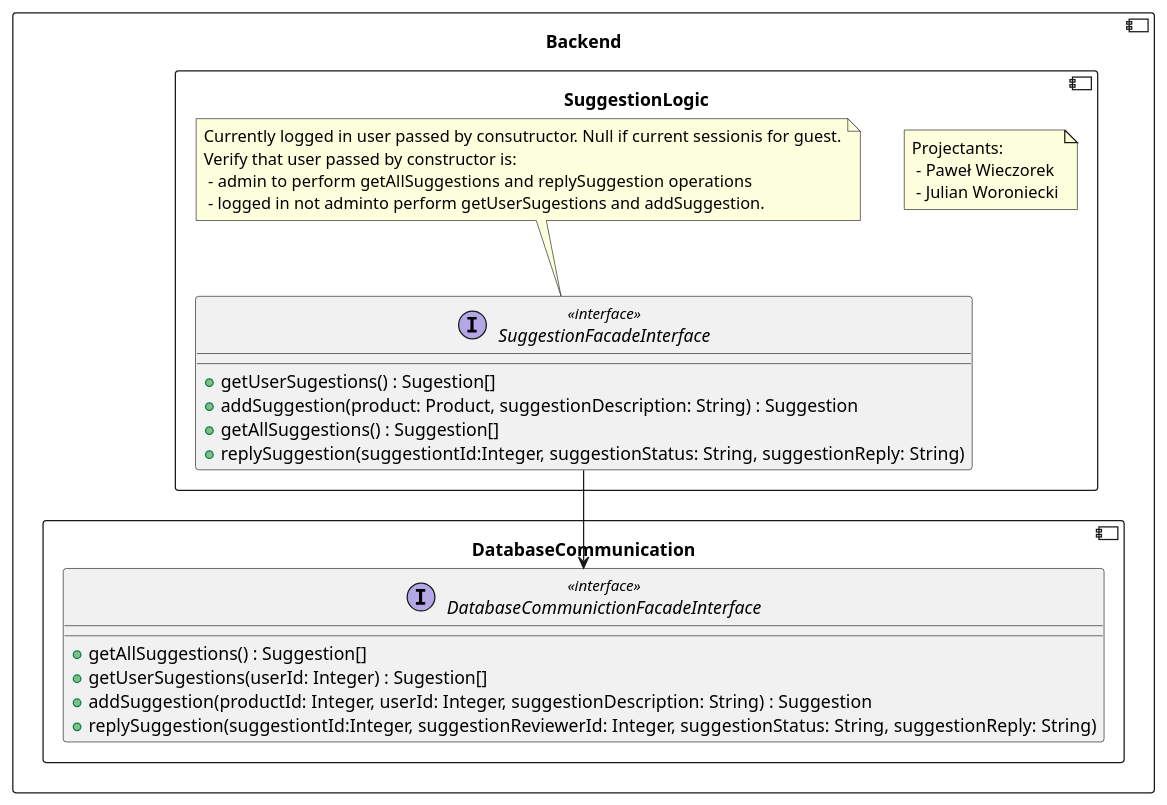
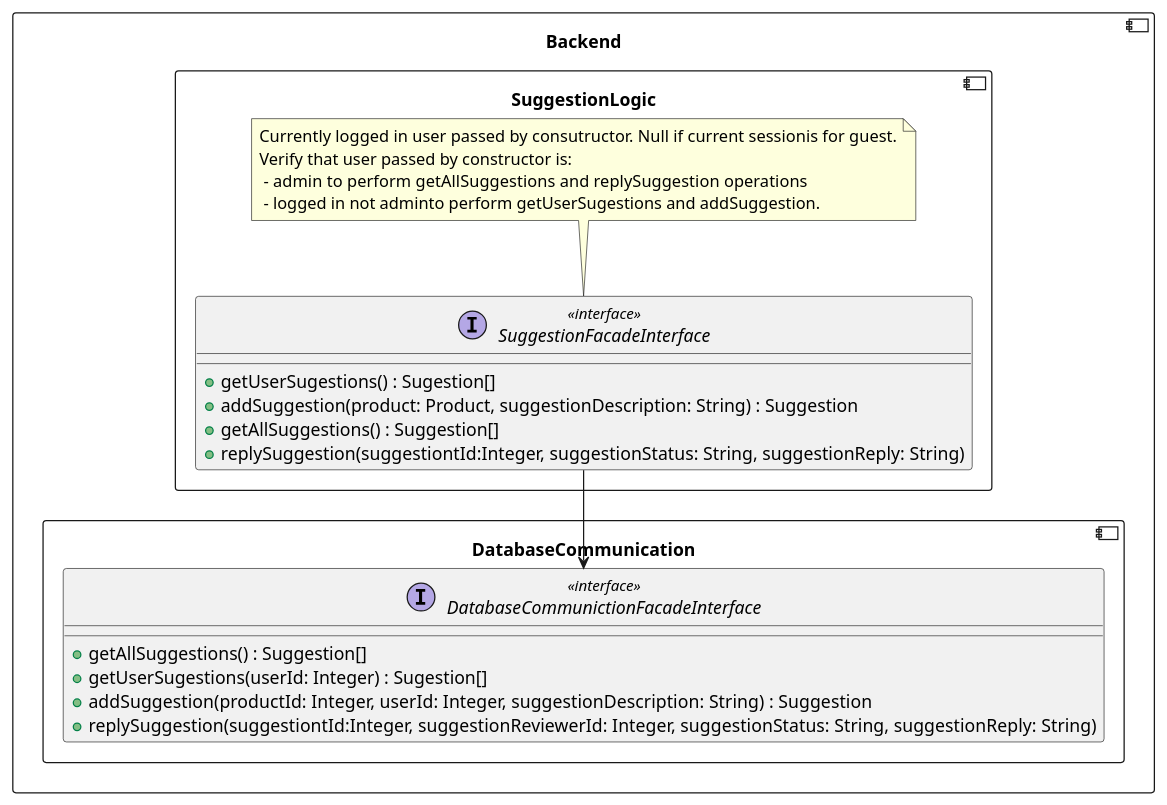
The seventh of 9 diagrams in backend/BackendLogic.md (RadekBucki/OpinionCollectorArchitecture), drawn with PlantUML before and after one commit. The commit also changed other lines of this file and 2 other files, not shown here.

````diff
--- a/backend/BackendLogic.md
+++ b/backend/BackendLogic.md
@@ -141,37 +205,32 @@
 ```plantuml
 @startuml
 component Backend {
     component DatabaseCommunication {
         interface DatabaseCommunictionFacadeInterface <<interface>> {
             + getAllSuggestions() : Suggestion[]
             + getUserSugestions(userId: Integer) : Sugestion[]
             + addSuggestion(productId: Integer, userId: Integer, suggestionDescription: String) : Suggestion
             + replySuggestion(suggestiontId:Integer, suggestionReviewerId: Integer, suggestionStatus: String, suggestionReply: String)
         }
     }
     
     component SuggestionLogic {
-        note as Authors
-            Projectants: 
-             - Paweł Wieczorek
-             - Julian Woroniecki
-        endnote
         
         SuggestionFacadeInterface  --> DatabaseCommunictionFacadeInterface
         interface SuggestionFacadeInterface <<interface>> {
             + getUserSugestions() : Sugestion[]
             + addSuggestion(product: Product, suggestionDescription: String) : Suggestion
             + getAllSuggestions() : Suggestion[]
             + replySuggestion(suggestiontId:Integer, suggestionStatus: String, suggestionReply: String)
         }
     
         note top of SuggestionFacadeInterface
             Currently logged in user passed by consutructor. Null if current sessionis for guest.
             Verify that user passed by constructor is:
              - admin to perform  getAllSuggestions and replySuggestion operations
              - logged in not adminto perform getUserSugestions and addSuggestion.
         endnote
     }
 }
 @enduml 
 ```
````
